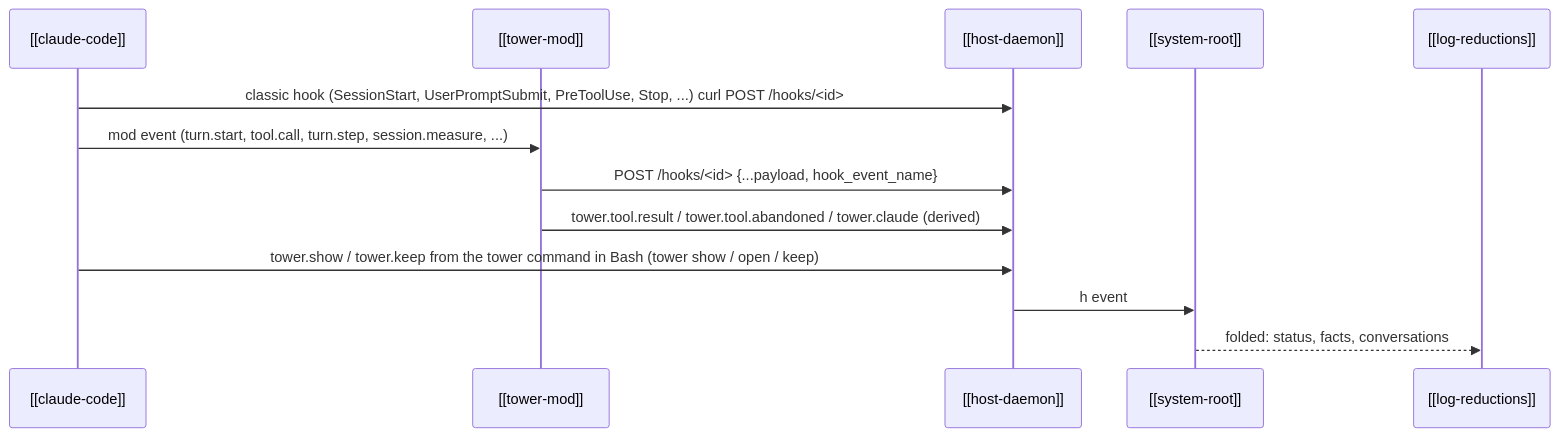
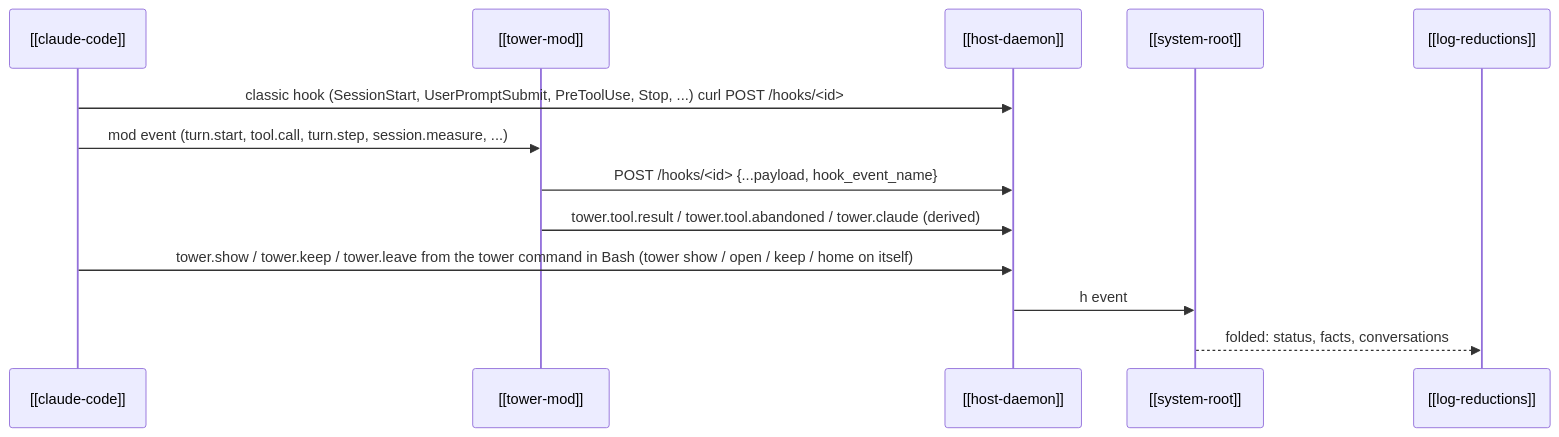
The diagram in kb/entities/flows/hook-events.md (RegiByte/the-tower), drawn with Mermaid before and after one commit. The commit also changed 4 other files, not shown here.

First line of the commit message:
kb: flows and runbooks match the code

````diff
--- a/kb/entities/flows/hook-events.md
+++ b/kb/entities/flows/hook-events.md
@@ -12,15 +12,15 @@
 ```mermaid
 sequenceDiagram
   participant C as [[claude-code]]
   participant M as [[tower-mod]]
   participant H as [[host-daemon]]
   participant R as [[system-root]]
   participant F as [[log-reductions]]
   C->>H: classic hook (SessionStart, UserPromptSubmit, PreToolUse, Stop, ...) curl POST /hooks/<id>
   C->>M: mod event (turn.start, tool.call, turn.step, session.measure, ...)
   M->>H: POST /hooks/<id> {...payload, hook_event_name}
   M->>H: tower.tool.result / tower.tool.abandoned / tower.claude (derived)
-  C->>H: tower.show / tower.keep from the tower command in Bash (tower show / open / keep)
+  C->>H: tower.show / tower.keep / tower.leave from the tower command in Bash (tower show / open / keep / home on itself)
   H->>R: h event
   R-->>F: folded: status, facts, conversations
 ```
````
